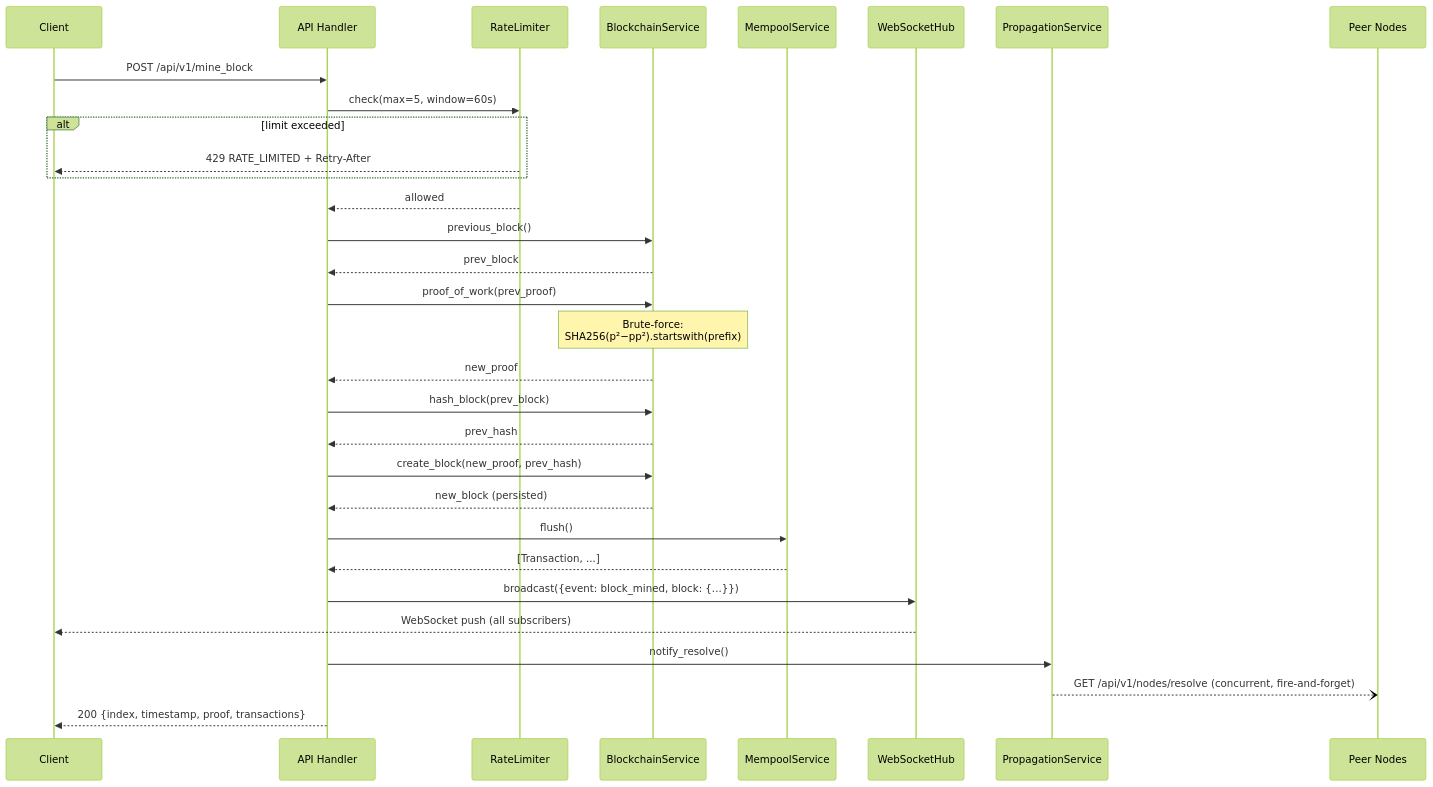
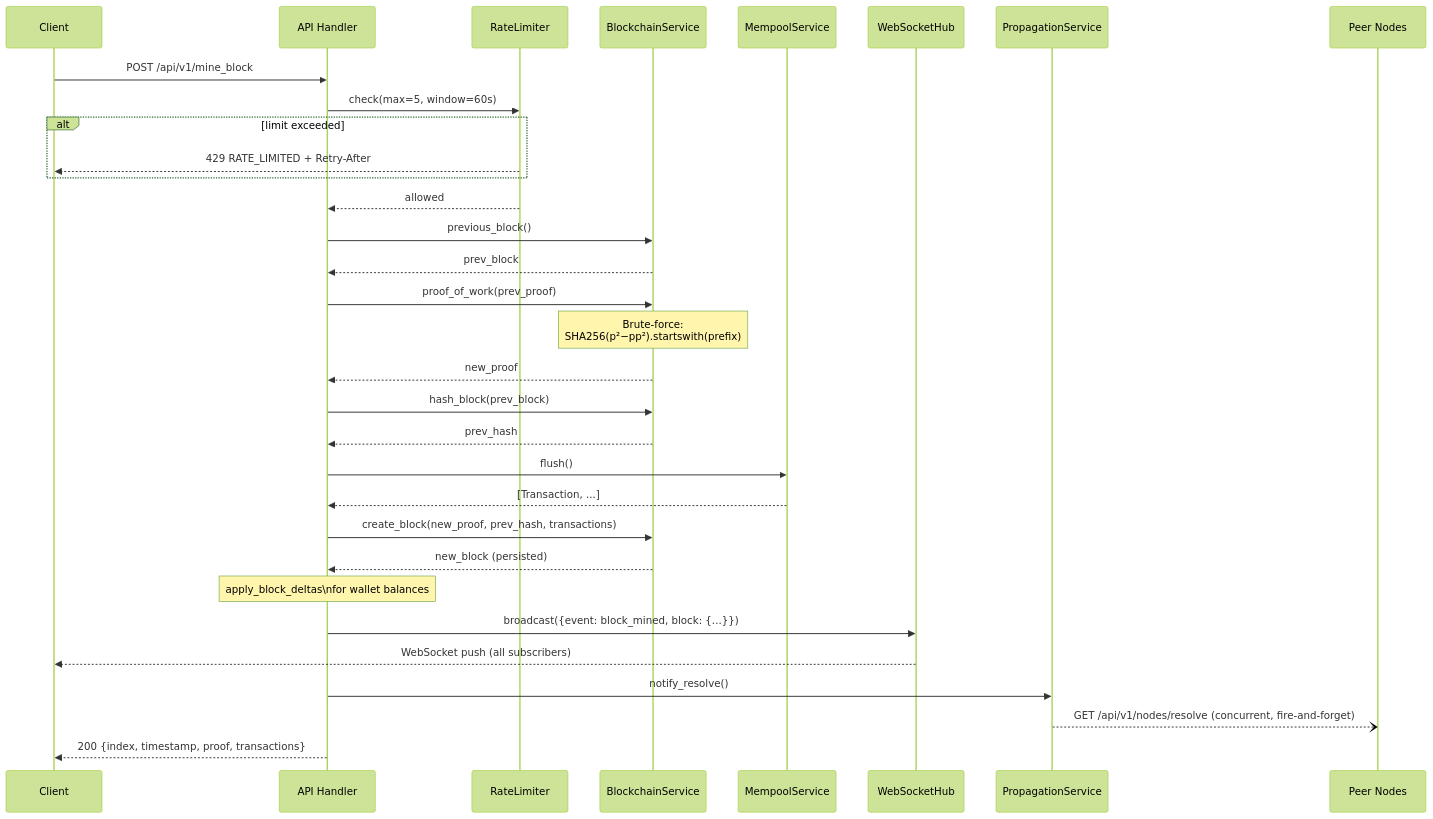
Before and after one commit to basic-blockchain/basic-blockchain-simulator: the second of 11 diagrams in docs/flows.md, drawn with Mermaid (forest theme). The commit also changed other lines of this file and 7 other files, not shown here.

````diff
--- a/docs/flows.md
+++ b/docs/flows.md
@@ -32,34 +36,35 @@
 ```mermaid
 sequenceDiagram
     participant C as Client
     participant API as API Handler
     participant RL as RateLimiter
     participant BS as BlockchainService
     participant MS as MempoolService
     participant WS as WebSocketHub
     participant PS as PropagationService
     participant P as Peer Nodes
 
     C->>API: POST /api/v1/mine_block
     API->>RL: check(max=5, window=60s)
     alt limit exceeded
         RL-->>C: 429 RATE_LIMITED + Retry-After
     end
     RL-->>API: allowed
     API->>BS: previous_block()
     BS-->>API: prev_block
     API->>BS: proof_of_work(prev_proof)
     Note over BS: Brute-force:<br/>SHA256(p²−pp²).startswith(prefix)
     BS-->>API: new_proof
     API->>BS: hash_block(prev_block)
     BS-->>API: prev_hash
-    API->>BS: create_block(new_proof, prev_hash)
-    BS-->>API: new_block (persisted)
     API->>MS: flush()
     MS-->>API: [Transaction, ...]
+    API->>BS: create_block(new_proof, prev_hash, transactions)
+    BS-->>API: new_block (persisted)
+    Note over API: apply_block_deltas\nfor wallet balances
     API->>WS: broadcast({event: block_mined, block: {...}})
     WS-->>C: WebSocket push (all subscribers)
     API->>PS: notify_resolve()
     PS--)P: GET /api/v1/nodes/resolve (concurrent, fire-and-forget)
     API-->>C: 200 {index, timestamp, proof, transactions}
 ```
````
